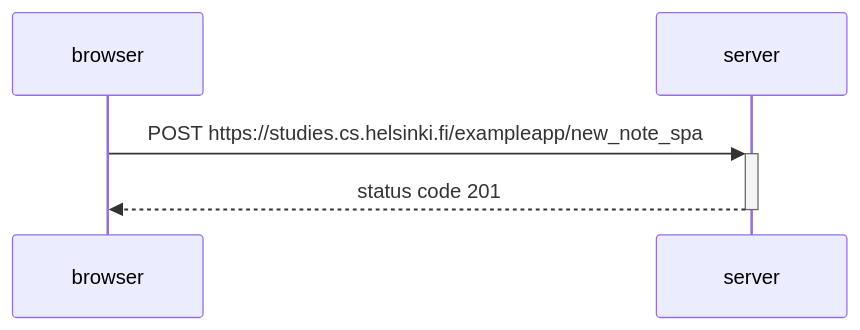
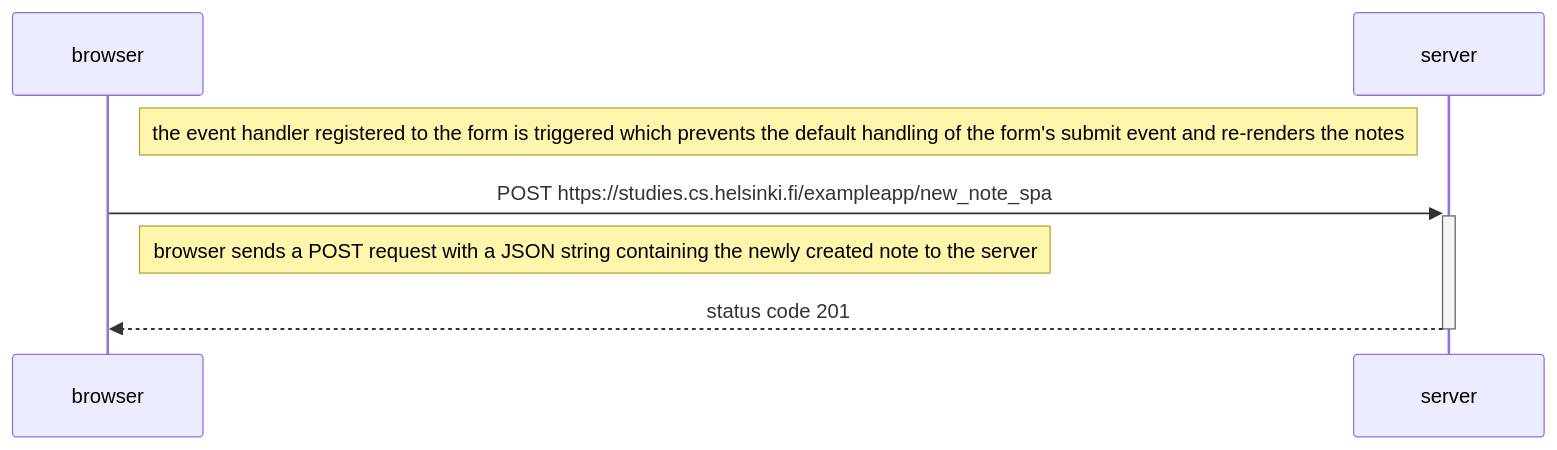
The diagram in part0/0.6.md (fermentedtofu/fsopen), drawn with Mermaid before and after one commit.

Commit message:
added notes

````diff
--- a/part0/0.6.md
+++ b/part0/0.6.md
@@ -1,8 +1,10 @@
 ```mermaid
 sequenceDiagram
     participant browser
     participant server
 
+    Note right of browser: the event handler registered to the form is triggered which prevents the default handling of the form's submit event and re-renders the notes
     browser->>+server: POST https://studies.cs.helsinki.fi/exampleapp/new_note_spa
+    Note right of browser: browser sends a POST request with a JSON string containing the newly created note to the server
     server-->>-browser: status code 201
 ```
````
